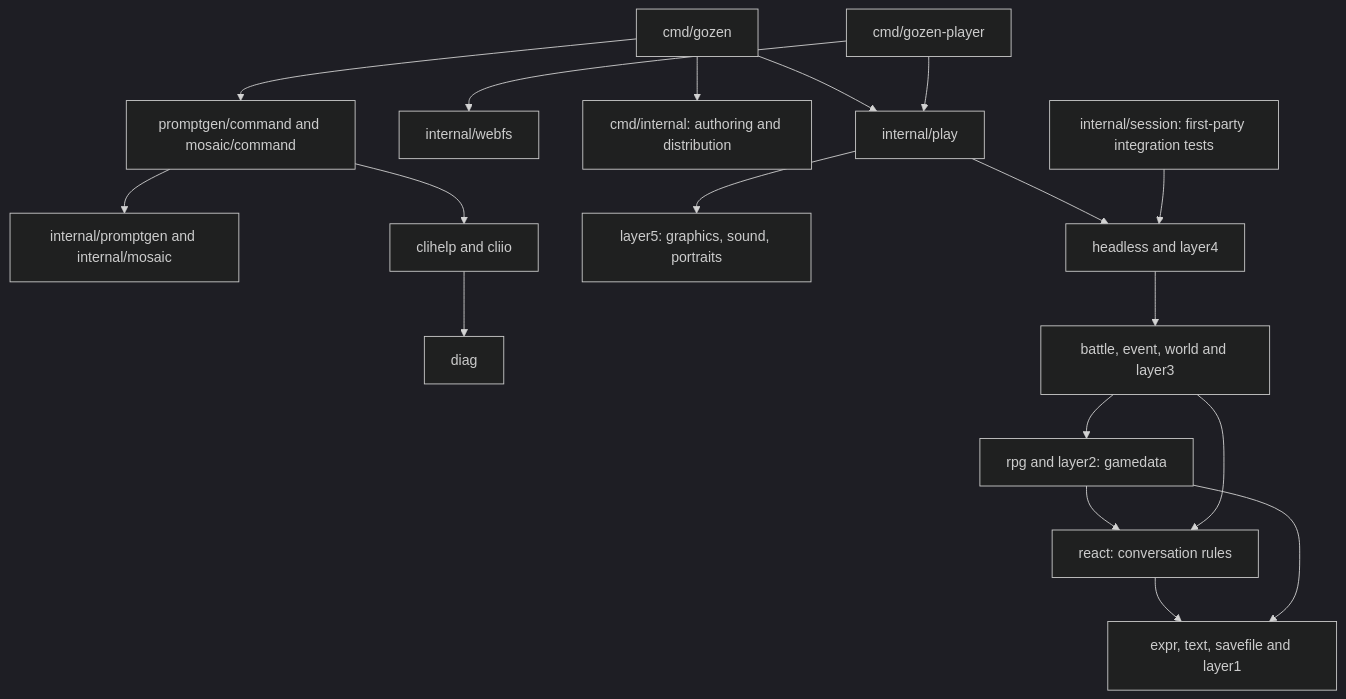
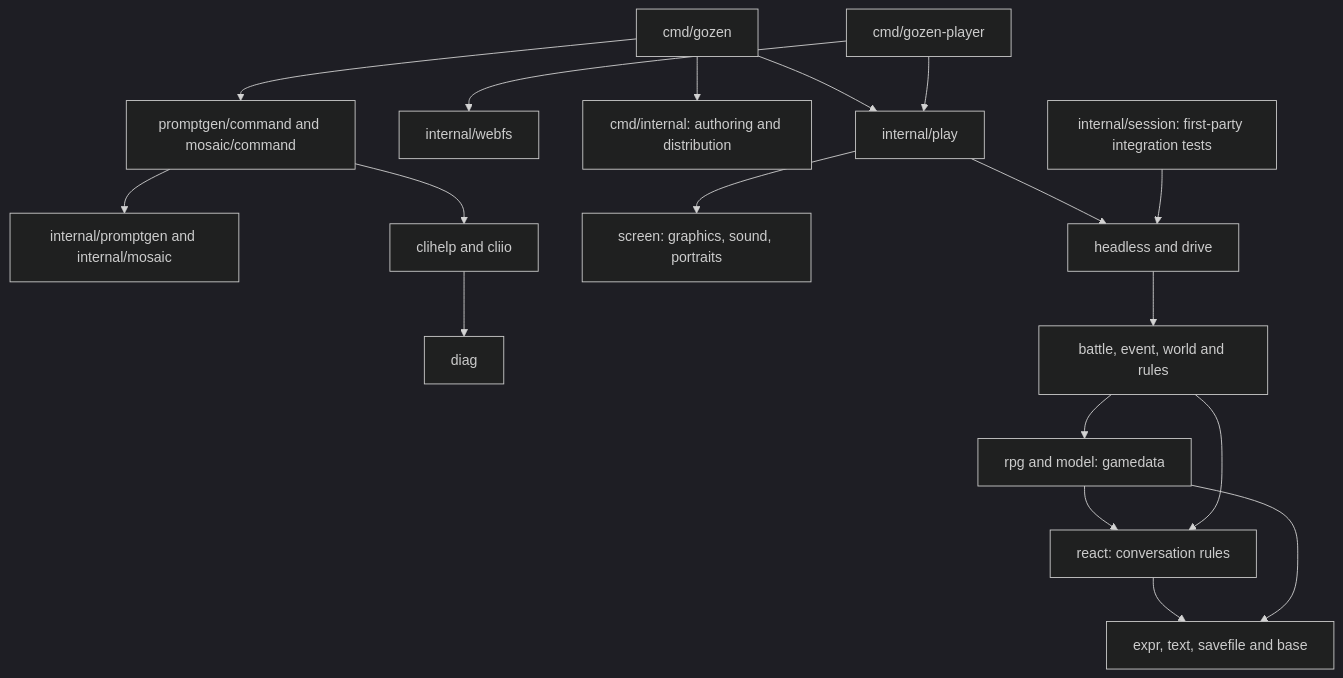
The diagram in docs/architecture/overview.md (nao1215/gozen), drawn with Mermaid (dark theme) before and after one commit. The commit also changed other lines of this file and 769 other files, not shown here.

````diff
--- a/docs/architecture/overview.md
+++ b/docs/architecture/overview.md
@@ -5,20 +5,20 @@
 ```mermaid
 flowchart TD
   CLI[cmd/gozen] --> Play[internal/play]
   Player[cmd/gozen-player] --> Play
   Player --> WebFS[internal/webfs]
   CLI --> Tools[cmd/internal: authoring and distribution]
   CLI --> Adapters[promptgen/command and mosaic/command]
   Adapters --> Domain[internal/promptgen and internal/mosaic]
   Adapters --> IO[clihelp and cliio]
   IO --> Diag[diag]
-  Play --> Display[layer5: graphics, sound, portraits]
-  Play --> Progress[headless and layer4]
+  Play --> Display[screen: graphics, sound, portraits]
+  Play --> Progress[headless and drive]
   Session[internal/session: first-party integration tests] --> Progress
-  Progress --> Rules[battle, event, world and layer3]
-  Rules --> Model[rpg and layer2: gamedata]
+  Progress --> Rules[battle, event, world and rules]
+  Rules --> Model[rpg and model: gamedata]
   Model --> React[react: conversation rules]
   Rules --> React
   React --> Base
-  Model --> Base[expr, text, savefile and layer1]
+  Model --> Base[expr, text, savefile and base]
 ```
````
